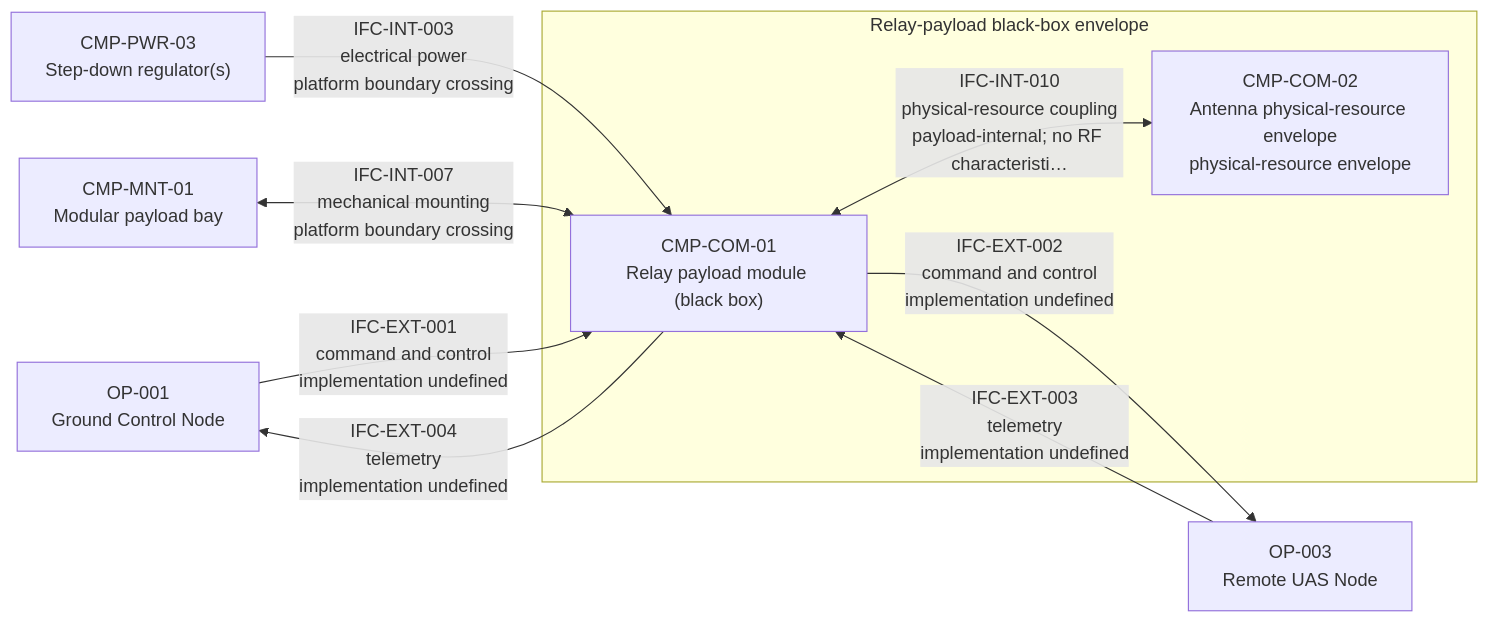
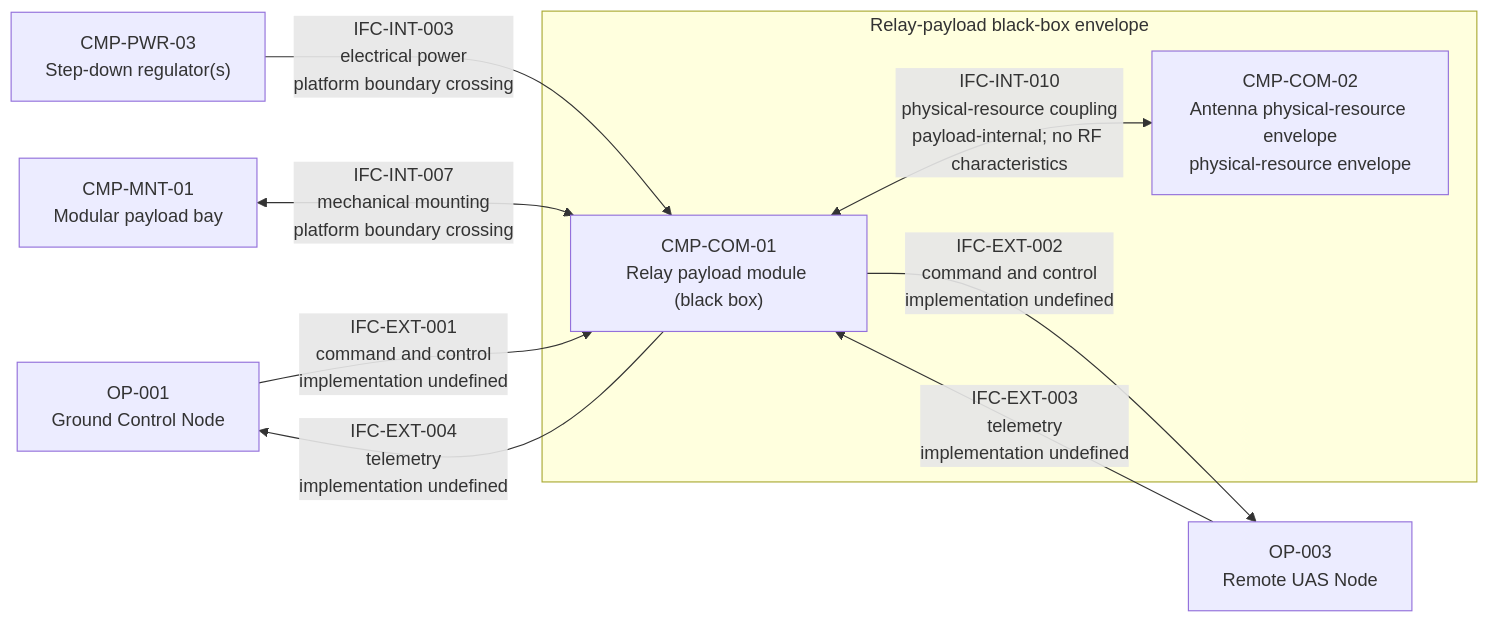
The seventh of 17 diagrams in reports/architecture-views.md (noahstephenson/low-cost-relay-uas), drawn with Mermaid before and after one commit. The commit also changed other lines of this file and 28 other files, not shown here.

Commit message:
Simplify and consolidate architecture repository

````diff
--- a/reports/architecture-views.md
+++ b/reports/architecture-views.md
@@ -169,19 +169,19 @@
 ```mermaid
 flowchart LR
     %% Configuration scope: CFG-REP / CFG-DOM
     OP_001["OP-001<br/>Ground Control Node"]
     OP_003["OP-003<br/>Remote UAS Node"]
     CMP_PWR_03["CMP-PWR-03<br/>Step-down regulator(s)"]
     CMP_MNT_01["CMP-MNT-01<br/>Modular payload bay"]
     subgraph PAYLOAD["Relay-payload black-box envelope"]
         CMP_COM_01["CMP-COM-01<br/>Relay payload module (black box)"]
         CMP_COM_02["CMP-COM-02<br/>Antenna physical-resource envelope<br/>physical-resource envelope"]
-        CMP_COM_01 <-->|"IFC-INT-010<br/>physical-resource coupling<br/>payload-internal; no RF characteristi…"| CMP_COM_02
+        CMP_COM_01 <-->|"IFC-INT-010<br/>physical-resource coupling<br/>payload-internal; no RF characteristics"| CMP_COM_02
     end
     CMP_PWR_03 -->|"IFC-INT-003<br/>electrical power<br/>platform boundary crossing"| CMP_COM_01
     CMP_MNT_01 <-->|"IFC-INT-007<br/>mechanical mounting<br/>platform boundary crossing"| CMP_COM_01
     OP_001 -->|"IFC-EXT-001<br/>command and control<br/>implementation undefined"| CMP_COM_01
     CMP_COM_01 -->|"IFC-EXT-002<br/>command and control<br/>implementation undefined"| OP_003
     OP_003 -->|"IFC-EXT-003<br/>telemetry<br/>implementation undefined"| CMP_COM_01
     CMP_COM_01 -->|"IFC-EXT-004<br/>telemetry<br/>implementation undefined"| OP_001
 ```
````
